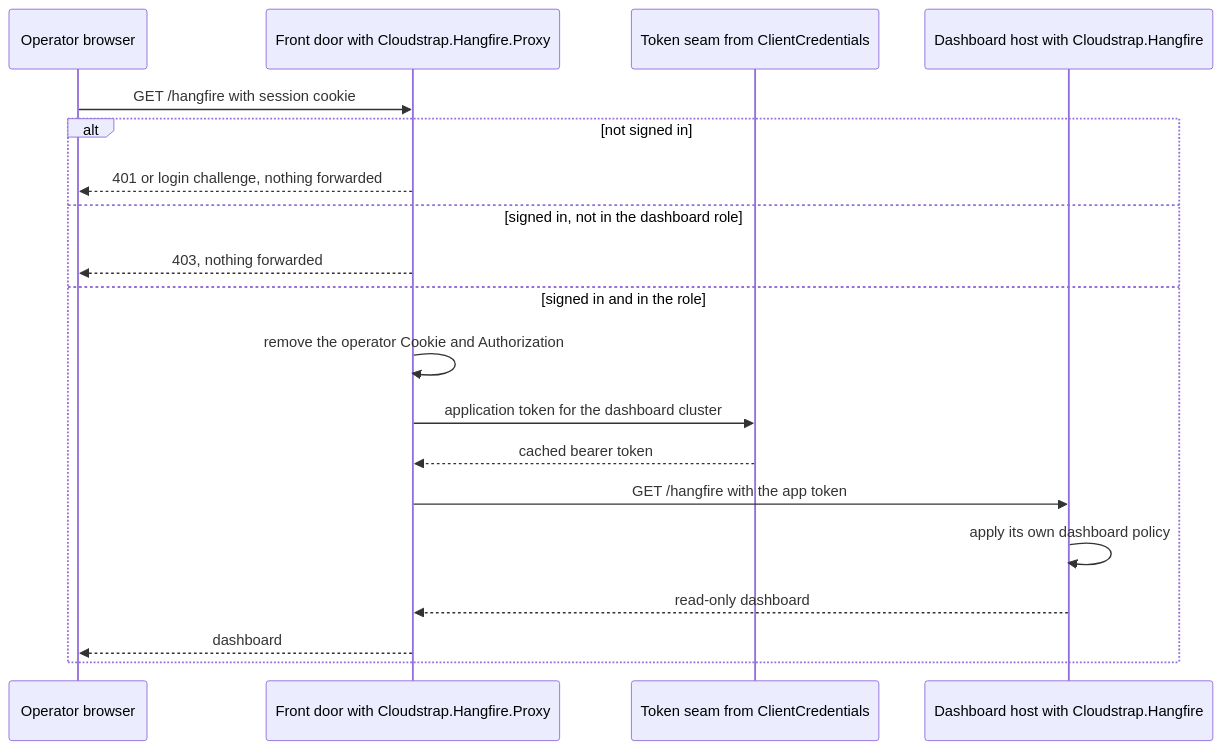
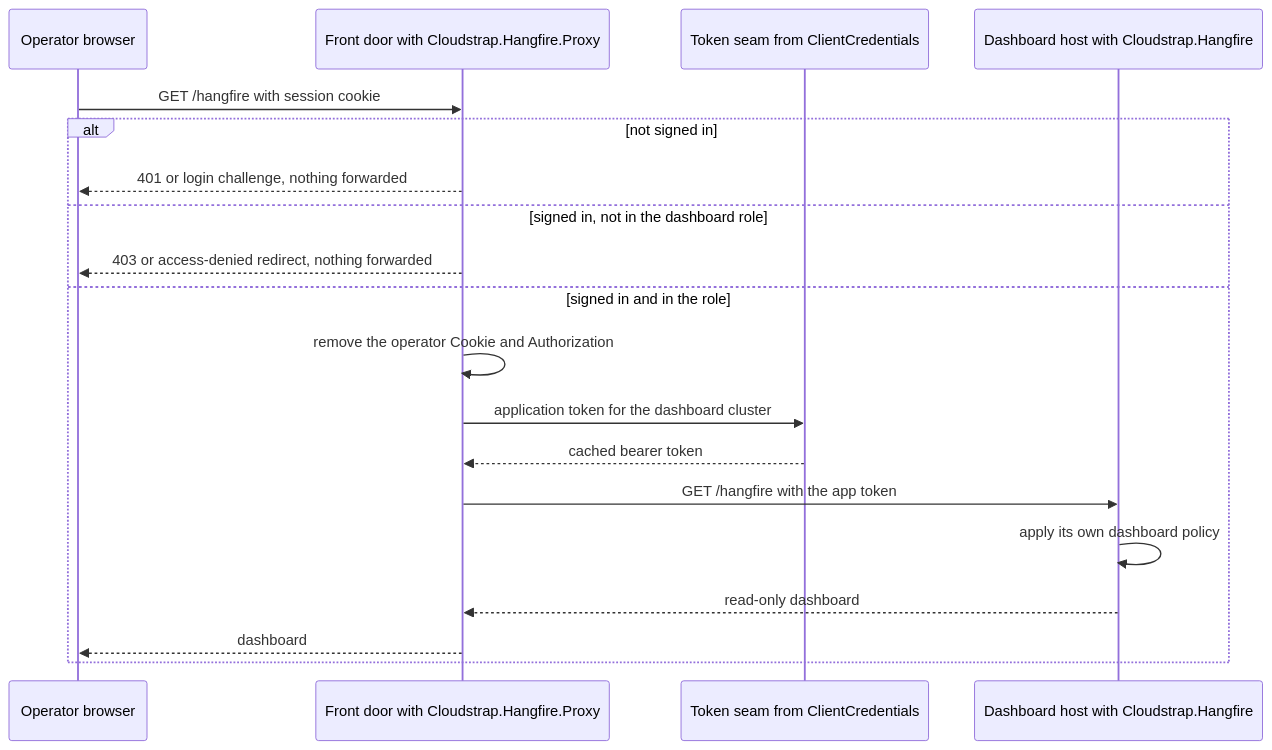
One commit to geobarteam/Cloudstrap changed the diagram in _specs/18-HangfireDashboardProxy/spec.md. Above: the diagram before and after it, drawn with Mermaid. The commit also changed other lines of this file, not shown here.

````diff
--- a/_specs/18-HangfireDashboardProxy/spec.md
+++ b/_specs/18-HangfireDashboardProxy/spec.md
@@ -81,21 +83,21 @@
 ```mermaid
 sequenceDiagram
     participant O as Operator browser
     participant F as Front door with Cloudstrap.Hangfire.Proxy
     participant T as Token seam from ClientCredentials
     participant H as Dashboard host with Cloudstrap.Hangfire
     O->>F: GET /hangfire with session cookie
     alt not signed in
         F-->>O: 401 or login challenge, nothing forwarded
     else signed in, not in the dashboard role
-        F-->>O: 403, nothing forwarded
+        F-->>O: 403 or access-denied redirect, nothing forwarded
     else signed in and in the role
         F->>F: remove the operator Cookie and Authorization
         F->>T: application token for the dashboard cluster
         T-->>F: cached bearer token
         F->>H: GET /hangfire with the app token
         H->>H: apply its own dashboard policy
         H-->>F: read-only dashboard
         F-->>O: dashboard
     end
 ```
````
